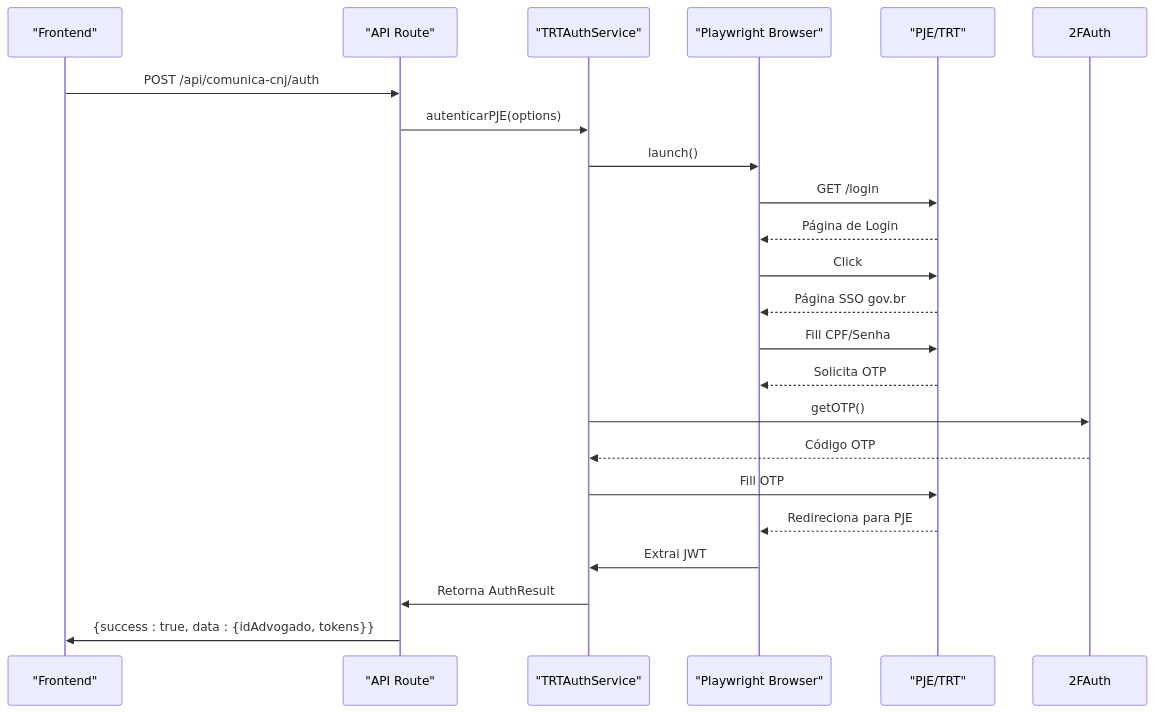
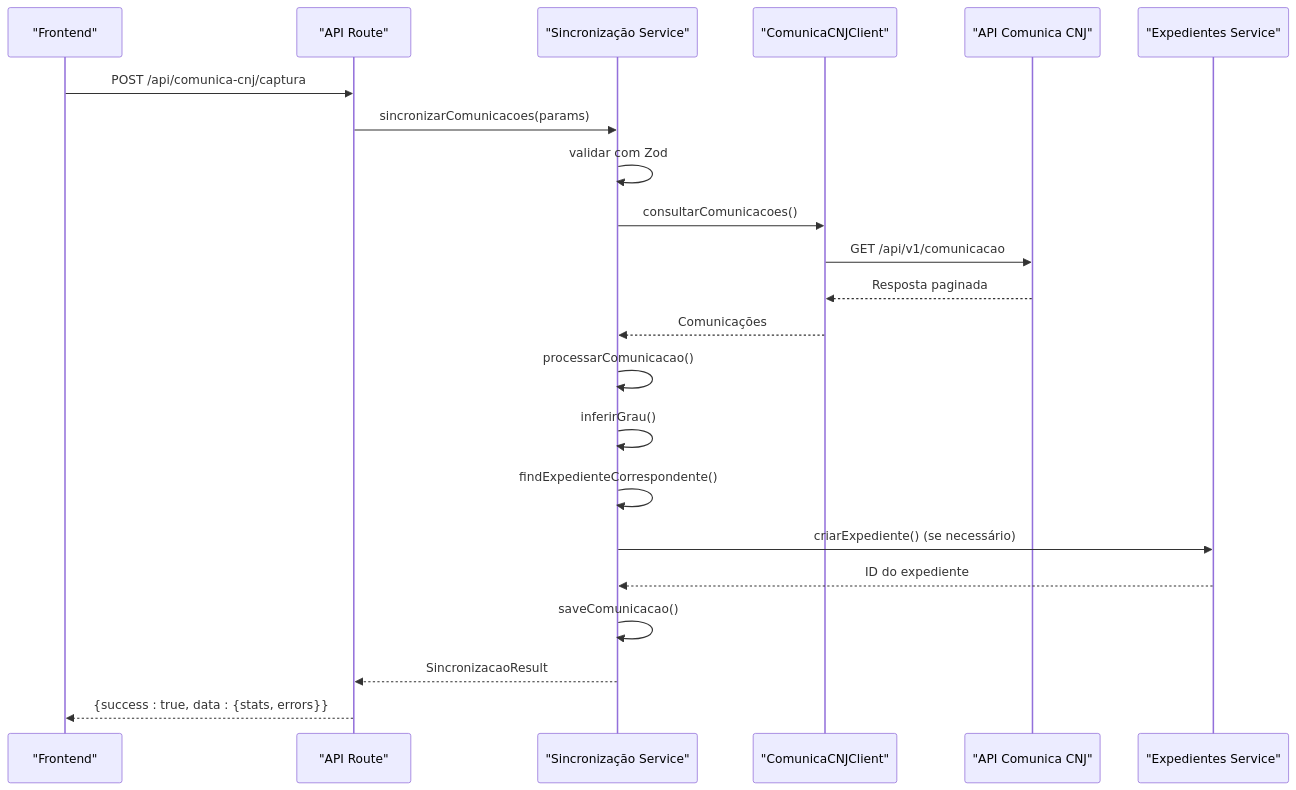
One commit to SinesysTech/zattar-os changed the fourth of 6 diagrams in .qoder/repowiki/pt/content/Módulos de Funcionalidade/Comunica CNJ.md. Above: the diagram before and after it, drawn with Mermaid. The commit also changed other lines of this file and 14 other files, not shown here.

````diff
--- a/.qoder/repowiki/pt/content/Módulos de Funcionalidade/Comunica CNJ.md
+++ b/.qoder/repowiki/pt/content/Módulos de Funcionalidade/Comunica CNJ.md
@@ -149,24 +197,24 @@
 ```mermaid
 sequenceDiagram
 participant Cliente as "Frontend"
 participant API as "API Route"
-participant Serviço as "TRTAuthService"
-participant Browser as "Playwright Browser"
-participant PJE as "PJE/TRT"
-Cliente->>API : POST /api/comunica-cnj/auth
-API->>Serviço : autenticarPJE(options)
-Serviço->>Browser : launch()
-Browser->>PJE : GET /login
-PJE-->>Browser : Página de Login
-Browser->>PJE : Click #btnSsoPdpj
-PJE-->>Browser : Página SSO gov.br
-Browser->>PJE : Fill CPF/Senha
-PJE-->>Browser : Solicita OTP
-Serviço->>2FAuth : getOTP()
-2FAuth-->>Serviço : Código OTP
-Serviço->>PJE : Fill OTP
-PJE-->>Browser : Redireciona para PJE
-Browser->>Serviço : Extrai JWT
-Serviço->>API : Retorna AuthResult
-API->>Cliente : {success : true, data : {idAdvogado, tokens}}
+participant Serviço as "Sincronização Service"
+participant ClienteCNJ as "ComunicaCNJClient"
+participant API_CNJ as "API Comunica CNJ"
+participant Expediente as "Expedientes Service"
+Cliente->>API : POST /api/comunica-cnj/captura
+API->>Serviço : sincronizarComunicacoes(params)
+Serviço->>Serviço : validar com Zod
+Serviço->>ClienteCNJ : consultarComunicacoes()
+ClienteCNJ->>API_CNJ : GET /api/v1/comunicacao
+API_CNJ-->>ClienteCNJ : Resposta paginada
+ClienteCNJ-->>Serviço : Comunicações
+Serviço->>Serviço : processarComunicacao()
+Serviço->>Serviço : inferirGrau()
+Serviço->>Serviço : findExpedienteCorrespondente()
+Serviço->>Expediente : criarExpediente() (se necessário)
+Expediente-->>Serviço : ID do expediente
+Serviço->>Serviço : saveComunicacao()
+Serviço-->>API : SincronizacaoResult
+API-->>Cliente : {success : true, data : {stats, errors}}
 ```
````
